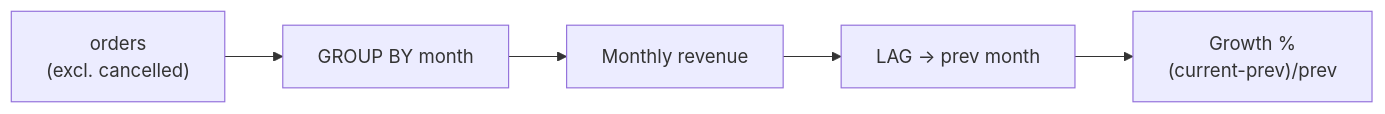
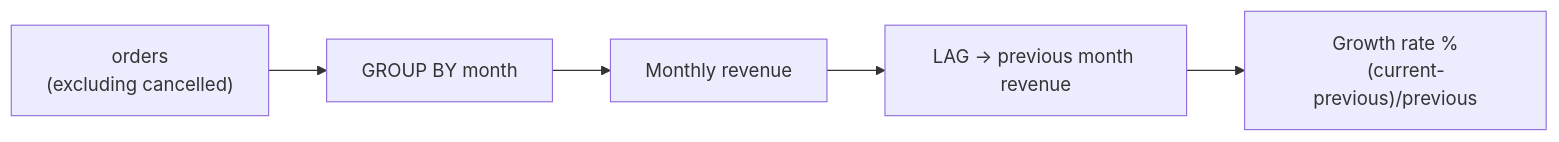
Diagram 14 of 18 in docs/en/schema/views.md (civilian7/sql-tutorial), drawn with Mermaid before and after one commit. The commit also changed other lines of this file and 121 other files, not shown here.

````diff
--- a/docs/en/schema/views.md
+++ b/docs/en/schema/views.md
@@ -1376,9 +1390,9 @@
 ```mermaid
 flowchart LR
     A["orders
-    (excl. cancelled)"] --> B["GROUP BY month"]
+    (excluding cancelled)"] --> B["GROUP BY month"]
     B --> C["Monthly revenue"]
-    C --> D["LAG → prev month"]
-    D --> E["Growth %
-    (current-prev)/prev"]
+    C --> D["LAG -> previous month revenue"]
+    D --> E["Growth rate %
+    (current-previous)/previous"]
 ```
````
